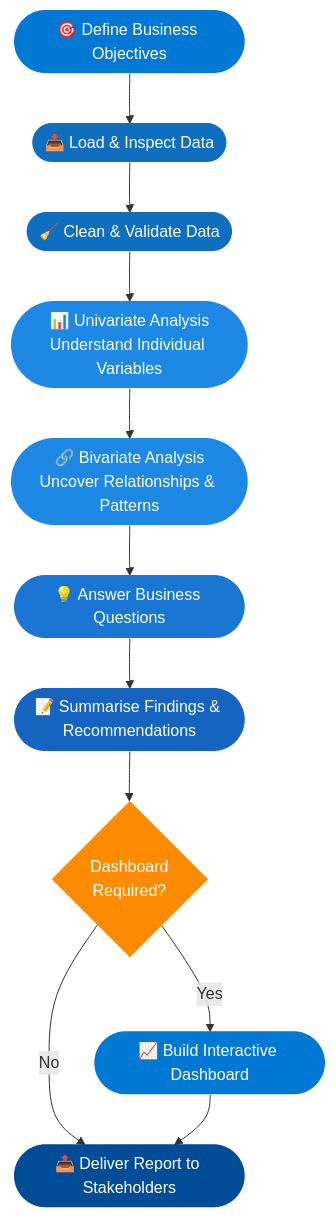
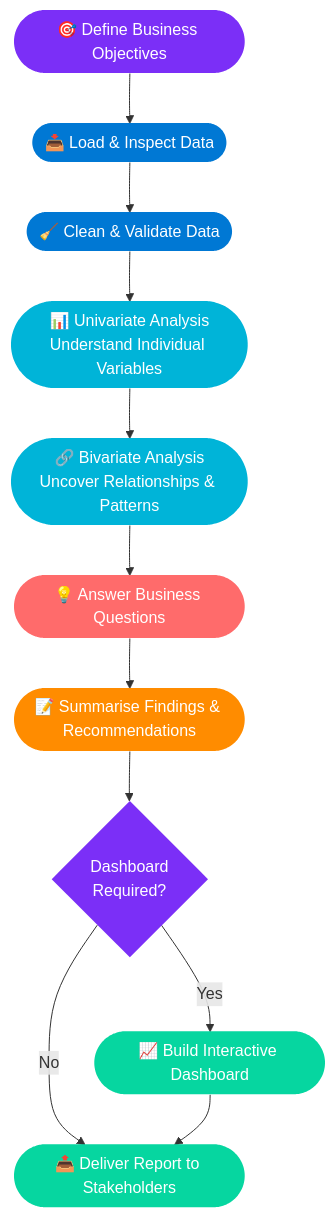
Before and after one commit to AamirDevnath/AamirDevnath: the diagram in README.md, drawn with Mermaid. The commit also changed other lines of this file, not shown here.

````diff
--- a/README.md
+++ b/README.md
@@ -14,24 +42,24 @@
 ```mermaid
 flowchart TD
     A([🎯 Define Business Objectives]) --> B
     B([📥 Load & Inspect Data]) --> C
     C([🧹 Clean & Validate Data]) --> D
     D([📊 Univariate Analysis\nUnderstand Individual Variables]) --> E
     E([🔗 Bivariate Analysis\nUncover Relationships & Patterns]) --> F
     F([💡 Answer Business Questions]) --> G
     G([📝 Summarise Findings & Recommendations]) --> H{Dashboard\nRequired?}
     H -- Yes --> I([📈 Build Interactive Dashboard])
     H -- No --> J([📤 Deliver Report to Stakeholders])
     I --> J
 
-    style A fill:#0078D4,color:#fff,stroke:none
-    style B fill:#106EBE,color:#fff,stroke:none
-    style C fill:#106EBE,color:#fff,stroke:none
-    style D fill:#1E88E5,color:#fff,stroke:none
-    style E fill:#1E88E5,color:#fff,stroke:none
-    style F fill:#1976D2,color:#fff,stroke:none
-    style G fill:#1565C0,color:#fff,stroke:none
-    style H fill:#FF8C00,color:#fff,stroke:none
-    style I fill:#0078D4,color:#fff,stroke:none
-    style J fill:#004C97,color:#fff,stroke:none
+    style A fill:#7B2FF7,color:#fff,stroke:none
+    style B fill:#0078D4,color:#fff,stroke:none
+    style C fill:#0078D4,color:#fff,stroke:none
+    style D fill:#00B4D8,color:#fff,stroke:none
+    style E fill:#00B4D8,color:#fff,stroke:none
+    style F fill:#FF6B6B,color:#fff,stroke:none
+    style G fill:#FF8C00,color:#fff,stroke:none
+    style H fill:#7B2FF7,color:#fff,stroke:none
+    style I fill:#06D6A0,color:#fff,stroke:none
+    style J fill:#06D6A0,color:#fff,stroke:none
 ```
````
